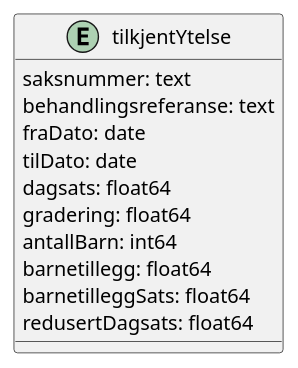
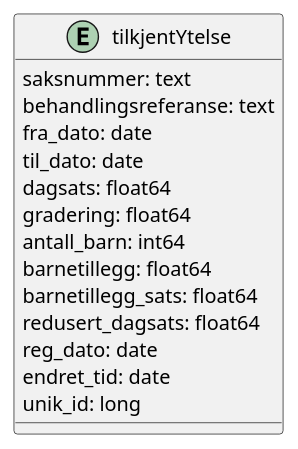
Before and after one commit to navikt/aap-intern-sysdok: the diagram in diagrams/tilkjent_ytelse_tabell.puml, drawn with PlantUML.

Commit message:
Oppdater tilkjentytelse-tabell

```diff
--- a/diagrams/tilkjent_ytelse_tabell.puml
+++ b/diagrams/tilkjent_ytelse_tabell.puml
@@ -1,15 +1,18 @@
 @startuml
 
 entity "tilkjentYtelse" {
         saksnummer: text
         behandlingsreferanse: text
-        fraDato: date
-        tilDato: date
+        fra_dato: date
+        til_dato: date
         dagsats: float64
         gradering: float64
-        antallBarn: int64
+        antall_barn: int64
         barnetillegg: float64
-        barnetilleggSats: float64
-        redusertDagsats: float64
+        barnetillegg_sats: float64
+        redusert_dagsats: float64
+        reg_dato: date
+        endret_tid: date
+        unik_id: long
 }
 @enduml
```
